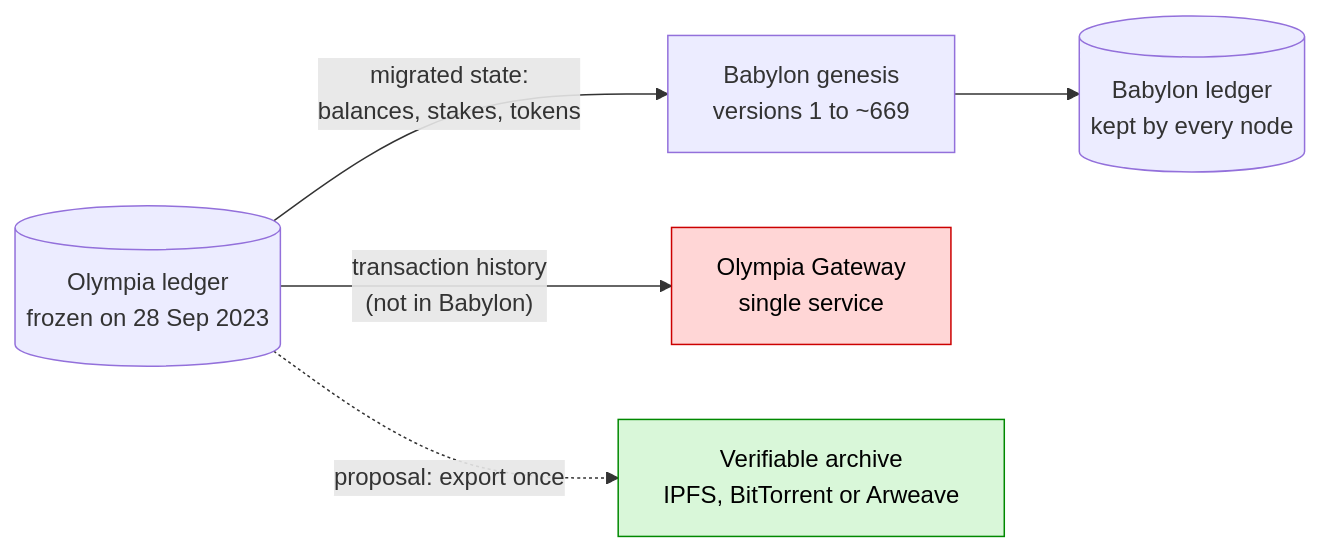
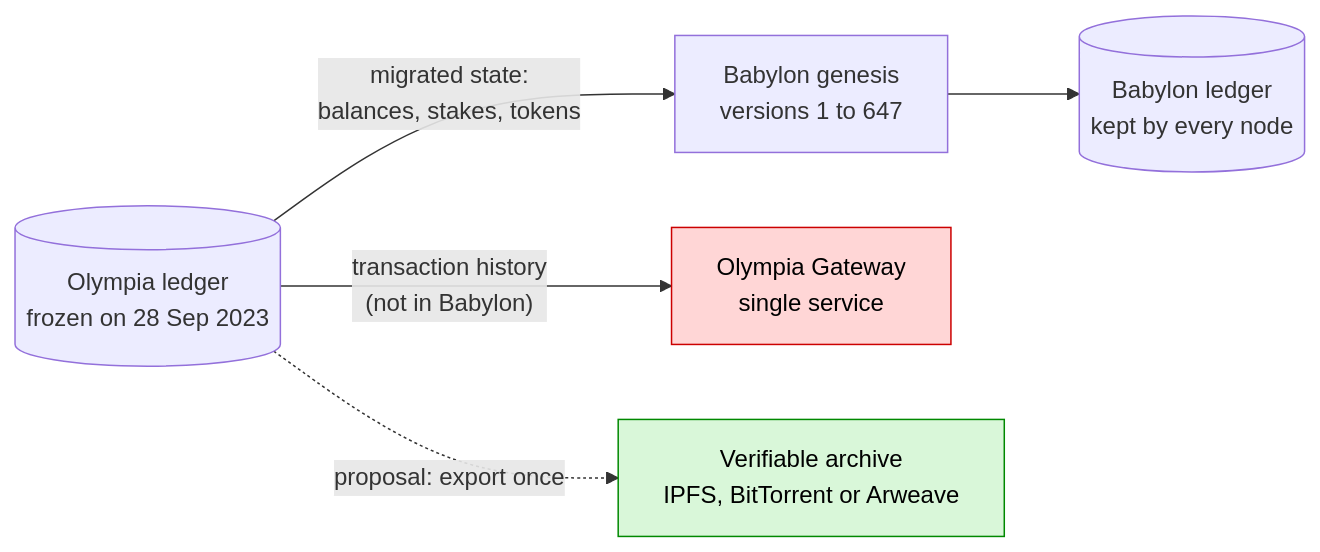
One commit to dazligth/radix-decentralization-roadmap changed the second of 2 diagrams in docs/en/01-02-current-situation.md. Above: the diagram before and after it, drawn with Mermaid. The commit also changed other lines of this file and 9 other files, not shown here.

First line of the commit message:
Redesign diagrams for readability on GitHub

````diff
--- a/docs/en/01-02-current-situation.md
+++ b/docs/en/01-02-current-situation.md
@@ -230,11 +207,11 @@
 ```mermaid
 flowchart LR
-    O[("Olympia ledger<br/>frozen on 28 Sep 2023")] -- "migrated state:<br/>balances, stakes, tokens" --> G["Babylon genesis<br/>versions 1 to ~669"]
+    O[("Olympia ledger<br/>frozen on 28 Sep 2023")] -- "migrated state:<br/>balances, stakes, tokens" --> G["Babylon genesis<br/>versions 1 to 647"]
     G --> B[("Babylon ledger<br/>kept by every node")]
     O -- "transaction history<br/>(not in Babylon)" --> OG["Olympia Gateway<br/>single service"]
     O -. "proposal: export once" .-> AR["Verifiable archive<br/>IPFS, BitTorrent or Arweave"]
     classDef risk fill:#ffd6d6,stroke:#c00,color:#000
     classDef good fill:#d9f7d9,stroke:#080,color:#000
     class OG risk
     class AR good
 ```
````
